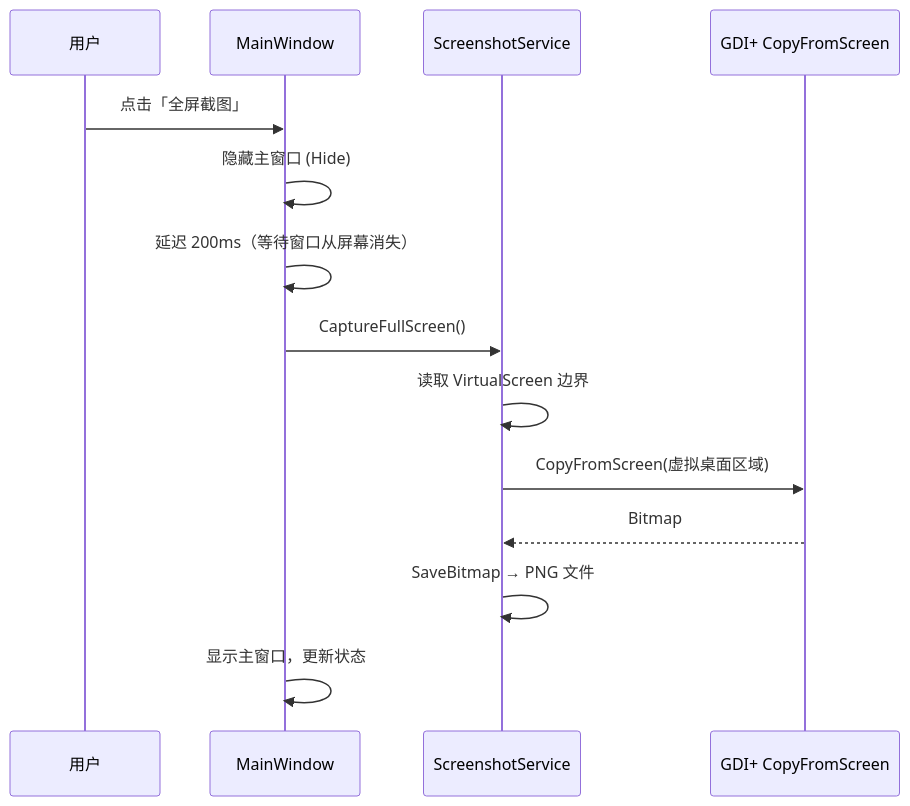
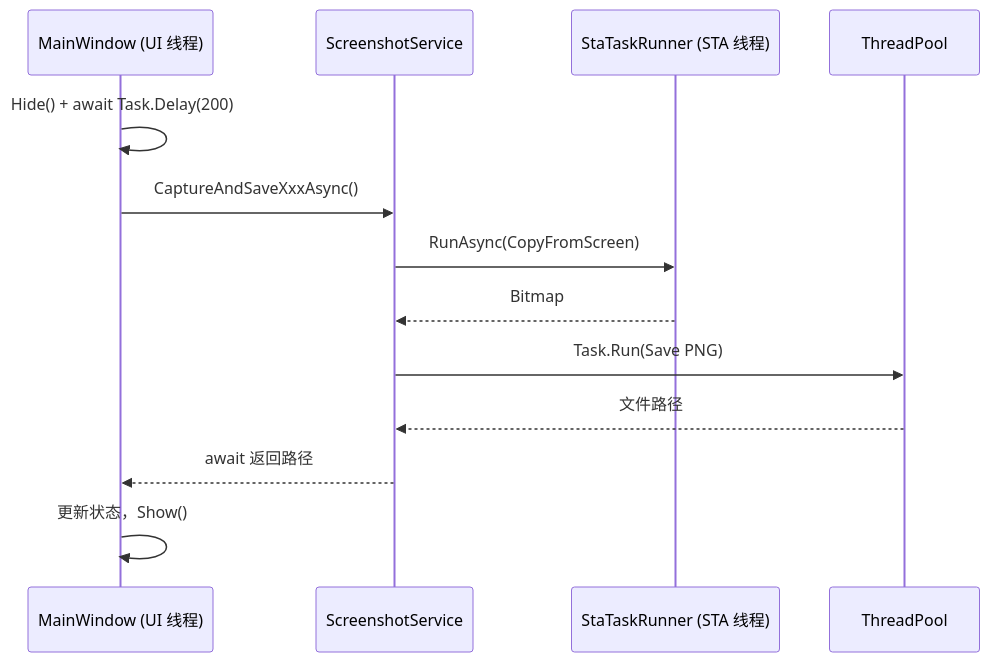
The second of 4 diagrams in 技术说明.md (jiangmaohua-suzhou/Screenshots), drawn with Mermaid before and after one commit. The commit also changed other lines of this file and 11 other files, not shown here.

````diff
--- a/技术说明.md
+++ b/技术说明.md
@@ -116,17 +169,16 @@
 ```mermaid
 sequenceDiagram
-    participant User as 用户
-    participant MW as MainWindow
+    participant UI as MainWindow (UI 线程)
     participant SS as ScreenshotService
-    participant GDI as GDI+ CopyFromScreen
+    participant STA as StaTaskRunner (STA 线程)
+    participant TP as ThreadPool
 
-    User->>MW: 点击「全屏截图」
-    MW->>MW: 隐藏主窗口 (Hide)
-    MW->>MW: 延迟 200ms（等待窗口从屏幕消失）
-    MW->>SS: CaptureFullScreen()
-    SS->>SS: 读取 VirtualScreen 边界
-    SS->>GDI: CopyFromScreen(虚拟桌面区域)
-    GDI-->>SS: Bitmap
-    SS->>SS: SaveBitmap → PNG 文件
-    MW->>MW: 显示主窗口，更新状态
+    UI->>UI: Hide() + await Task.Delay(200)
+    UI->>SS: CaptureAndSaveXxxAsync()
+    SS->>STA: RunAsync(CopyFromScreen)
+    STA-->>SS: Bitmap
+    SS->>TP: Task.Run(Save PNG)
+    TP-->>SS: 文件路径
+    SS-->>UI: await 返回路径
+    UI->>UI: 更新状态，Show()
 ```
````
